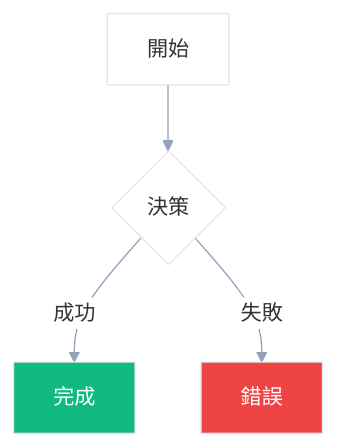
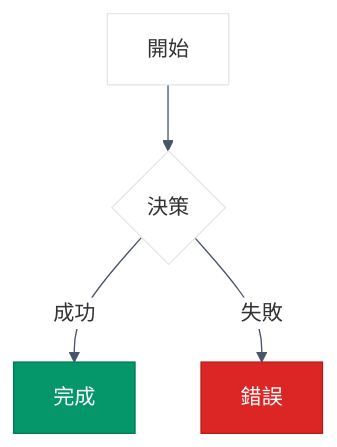
Before and after one commit to ChiahungTai/ai-rules: the third of 7 diagrams in skills/mermaid/SKILL.md, drawn with Mermaid. The commit also changed other lines of this file and 16 other files, not shown here.

First line of the commit message:
refactor(docs): 大幅簡化文檔結構，修正 Mermaid 可讀性問題

````diff
--- a/skills/mermaid/SKILL.md
+++ b/skills/mermaid/SKILL.md
@@ -91,20 +152,20 @@
 ```mermaid
 %%{init: {
   'theme': 'base',
   'themeVariables': {
     'background': 'transparent',
-    'lineColor': '#94a3b8',
-    'textColor': '#374151',
+    'lineColor': '#475569',
+    'textColor': '#111827',
     'primaryColor': '#ffffff',
     'secondaryColor': '#ffffff',
     'tertiaryColor': '#ffffff'
   }
 }}%%
 graph TD
     A[開始] --> B{決策}
     B -->|成功| C[完成]
     B -->|失敗| D[錯誤]
 
-    style C fill:#10b981,color:#ffffff
-    style D fill:#ef4444,color:#ffffff
+    style C fill:#059669,color:#ffffff,stroke:#047857
+    style D fill:#dc2626,color:#ffffff,stroke:#b91c1c
 ```
````
